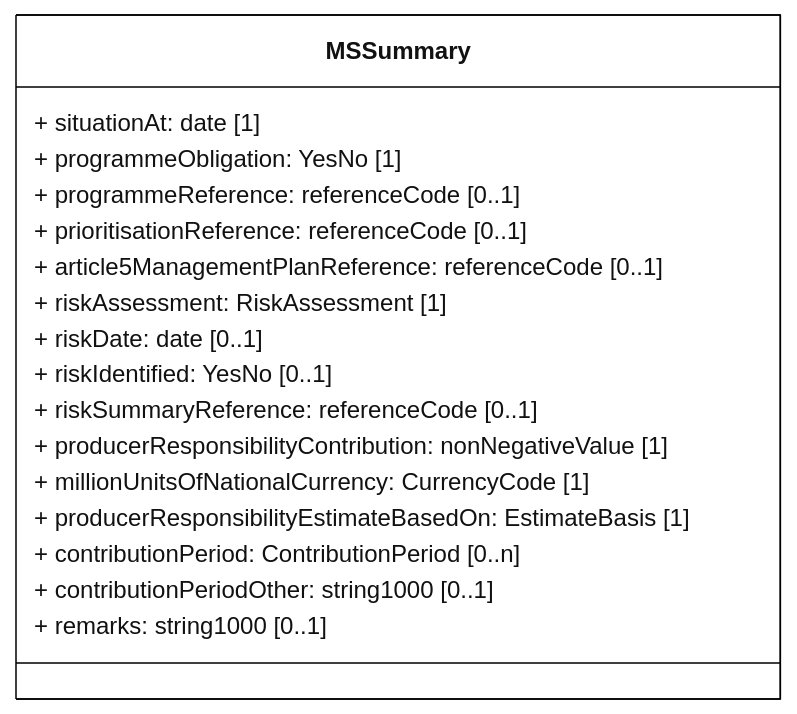
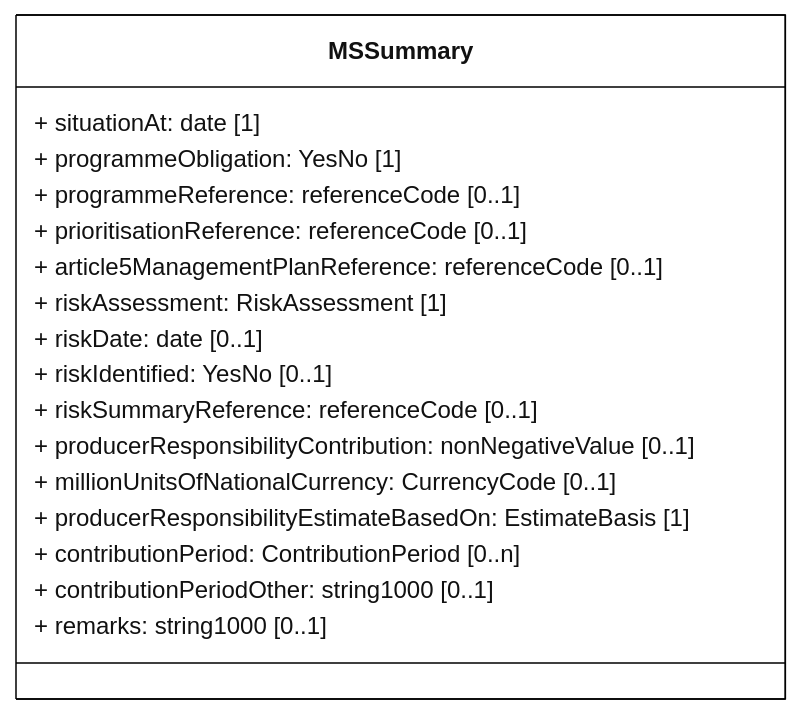
The diagram in docs/rUWWTD2024/Article23/mmd/Article23_MSSummary_ClassDiagram.mmd (eeadata/WISE.UWWTD.Documentation), drawn with Mermaid before and after one commit. The commit also changed 22 other files, not shown here.

```diff
--- a/docs/rUWWTD2024/Article23/mmd/Article23_MSSummary_ClassDiagram.mmd
+++ b/docs/rUWWTD2024/Article23/mmd/Article23_MSSummary_ClassDiagram.mmd
@@ -1,32 +1,32 @@
 ---
 config:
   class:
     hideEmptyMembersBox: true
   layout: dagre
   theme: neutral
 ---
 classDiagram
 direction LR
 
 class MSSummary{
     + situationAt: date [1]
     + programmeObligation: YesNo [1]
     + programmeReference: referenceCode [0..1]
     + prioritisationReference: referenceCode [0..1]
     + article5ManagementPlanReference: referenceCode [0..1]
 
     + riskAssessment: RiskAssessment [1]
     + riskDate: date [0..1]
     + riskIdentified: YesNo [0..1]
     + riskSummaryReference: referenceCode [0..1]
 
-    + producerResponsibilityContribution: nonNegativeValue [1]
-    + millionUnitsOfNationalCurrency: CurrencyCode [1]
+    + producerResponsibilityContribution: nonNegativeValue [0..1]
+    + millionUnitsOfNationalCurrency: CurrencyCode [0..1]
     + producerResponsibilityEstimateBasedOn: EstimateBasis [1]
     + contributionPeriod: ContributionPeriod [0..n]
     + contributionPeriodOther: string1000 [0..1]
     + remarks: string1000 [0..1]
 }
 
 classDef default fill:white,stroke:#000;
 classDef forFixing fill:white,stroke:#f00;
```
